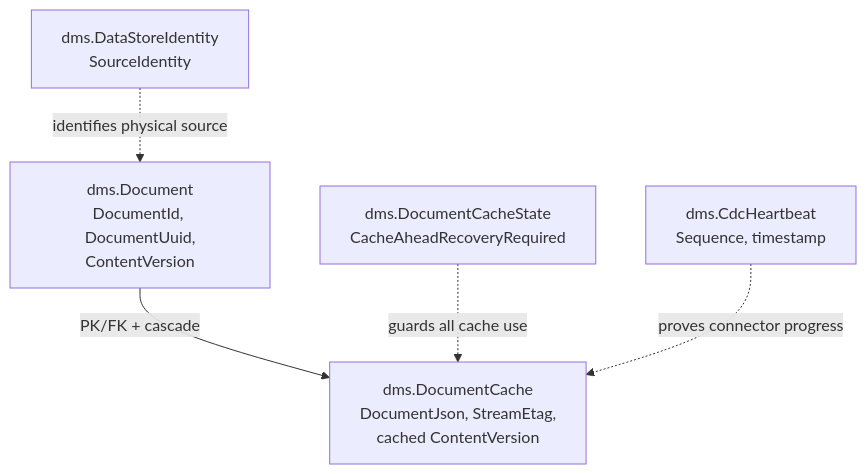
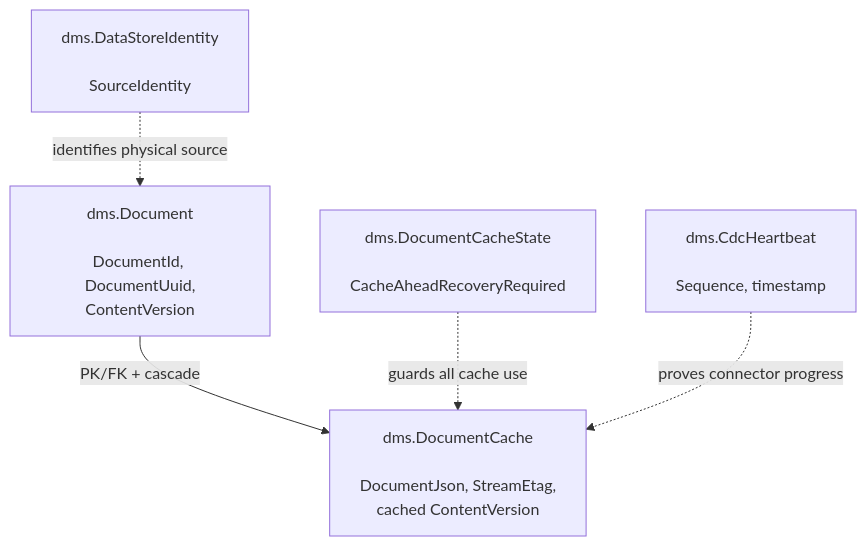
Before and after one commit to Ed-Fi-Alliance-OSS/Data-Management-Service: the second of 10 diagrams in PRESENTATION.md, drawn with Mermaid.

````diff
--- a/PRESENTATION.md
+++ b/PRESENTATION.md
@@ -136,13 +136,13 @@
 ```mermaid
 flowchart TB
-    DOC[dms.Document<br/>DocumentId, DocumentUuid,<br/>ContentVersion]
-    CACHE[dms.DocumentCache<br/>DocumentJson, StreamEtag,<br/>cached ContentVersion]
-    STATE[dms.DocumentCacheState<br/>CacheAheadRecoveryRequired]
-    IDENT[dms.DataStoreIdentity<br/>SourceIdentity]
-    HEART[dms.CdcHeartbeat<br/>Sequence, timestamp]
+    DOC[dms.Document<br/><br/>DocumentId, DocumentUuid,<br/>ContentVersion]
+    CACHE[dms.DocumentCache<br/><br/>DocumentJson, StreamEtag,<br/>cached ContentVersion]
+    STATE[dms.DocumentCacheState<br/><br/>CacheAheadRecoveryRequired]
+    IDENT[dms.DataStoreIdentity<br/><br/>SourceIdentity]
+    HEART[dms.CdcHeartbeat<br/><br/>Sequence, timestamp]
 
     DOC -->|PK/FK + cascade| CACHE
     STATE -. guards all cache use .-> CACHE
     IDENT -. identifies physical source .-> DOC
     HEART -. proves connector progress .-> CACHE
 ```
````
